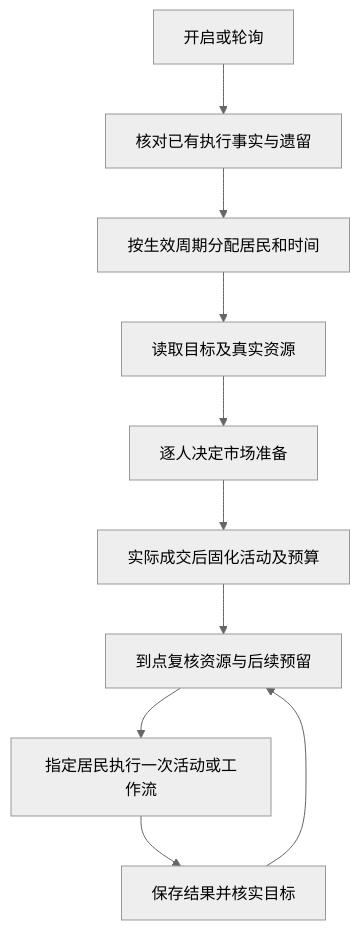
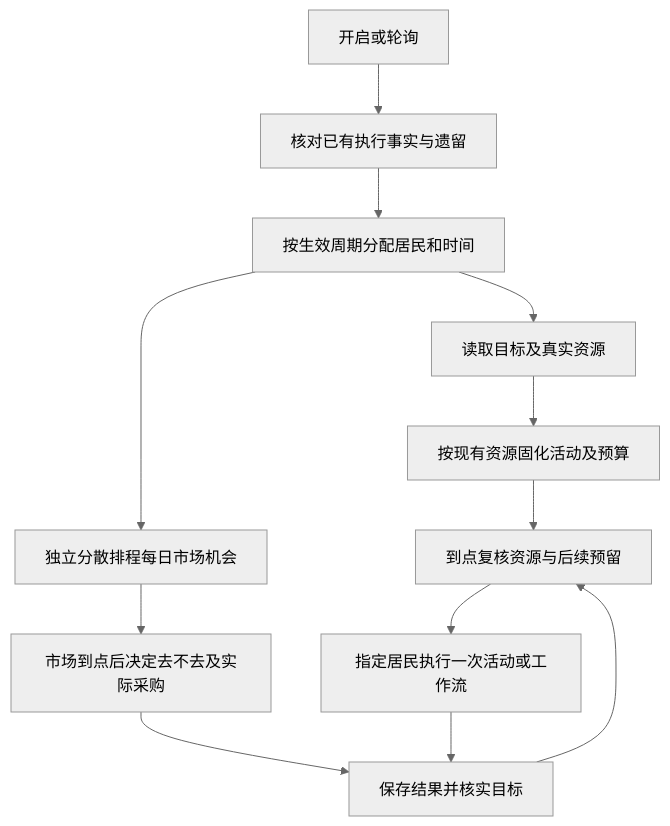
Before and after one commit to TangerineSpecter/O-Doc: the first of 5 diagrams in docs/agents/Agent世界统一生活执行说明.md, drawn with Mermaid (neutral theme). The commit also changed other lines of this file and 33 other files, not shown here.

````diff
--- a/docs/agents/Agent世界统一生活执行说明.md
+++ b/docs/agents/Agent世界统一生活执行说明.md
@@ -11,12 +11,14 @@
 ```mermaid
 flowchart TD
     A[开启或轮询] --> B[核对已有执行事实与遗留]
     B --> C[按生效周期分配居民和时间]
     C --> D[读取目标及真实资源]
-    D --> E[逐人决定市场准备]
-    E --> F[实际成交后固化活动及预算]
+    D --> F[按现有资源固化活动及预算]
+    C --> E[独立分散排程每日市场机会]
+    E --> M[市场到点后决定去不去及实际采购]
+    M --> I
     F --> G[到点复核资源与后续预留]
     G --> H[指定居民执行一次活动或工作流]
     H --> I[保存结果并核实目标]
     I --> G
 ```
````
